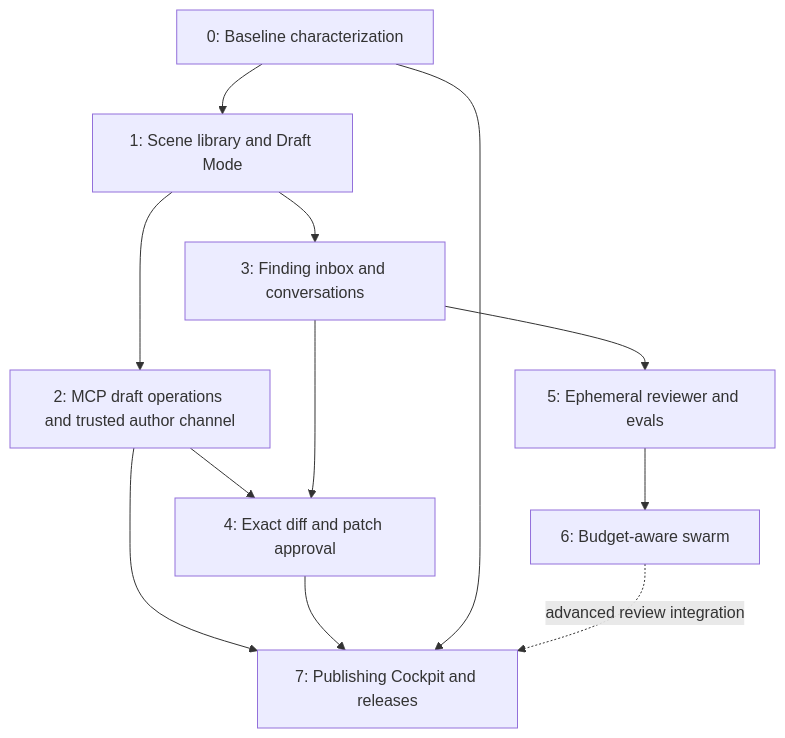
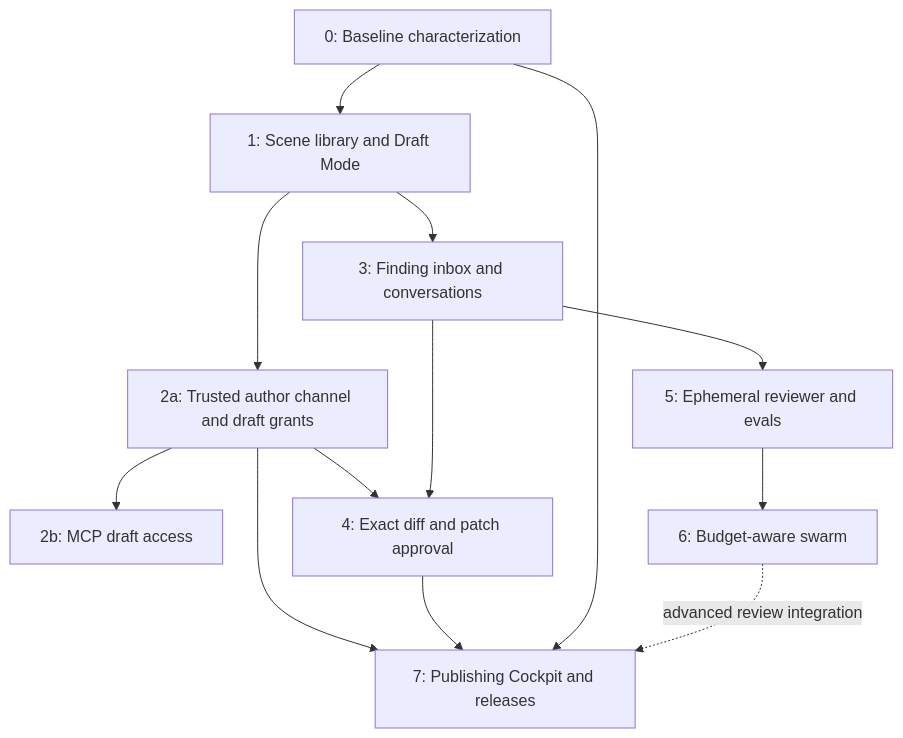
One commit to Arcadesys/heinlein changed the sixth of 6 diagrams in docs/architecture/orchestration-v0.2.1.md. Above: the diagram before and after it, drawn with Mermaid. The commit also changed other lines of this file and 1 other file, not shown here.

````diff
--- a/docs/architecture/orchestration-v0.2.1.md
+++ b/docs/architecture/orchestration-v0.2.1.md
@@ -454,14 +473,15 @@
 ```mermaid
 flowchart TD
   S0["0: Baseline characterization"] --> S1["1: Scene library and Draft Mode"]
-  S1 --> S2["2: MCP draft operations and trusted author channel"]
+  S1 --> S2A["2a: Trusted author channel and draft grants"]
+  S2A --> S2B["2b: MCP draft access"]
   S1 --> S3["3: Finding inbox and conversations"]
-  S2 --> S4["4: Exact diff and patch approval"]
+  S2A --> S4["4: Exact diff and patch approval"]
   S3 --> S4
   S3 --> S5["5: Ephemeral reviewer and evals"]
   S5 --> S6["6: Budget-aware swarm"]
-  S2 --> S7["7: Publishing Cockpit and releases"]
+  S2A --> S7["7: Publishing Cockpit and releases"]
   S4 --> S7
   S0 --> S7
   S6 -. "advanced review integration" .-> S7
 ```
````
